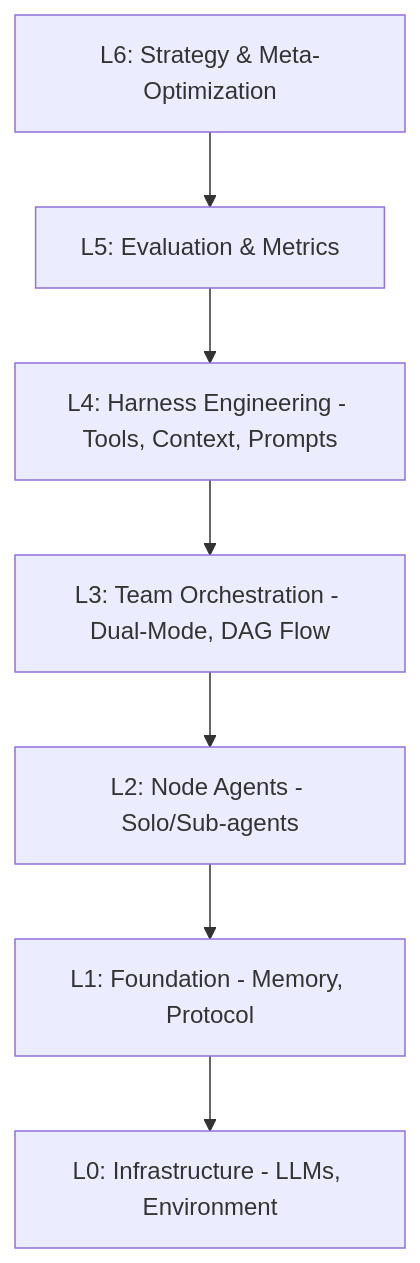
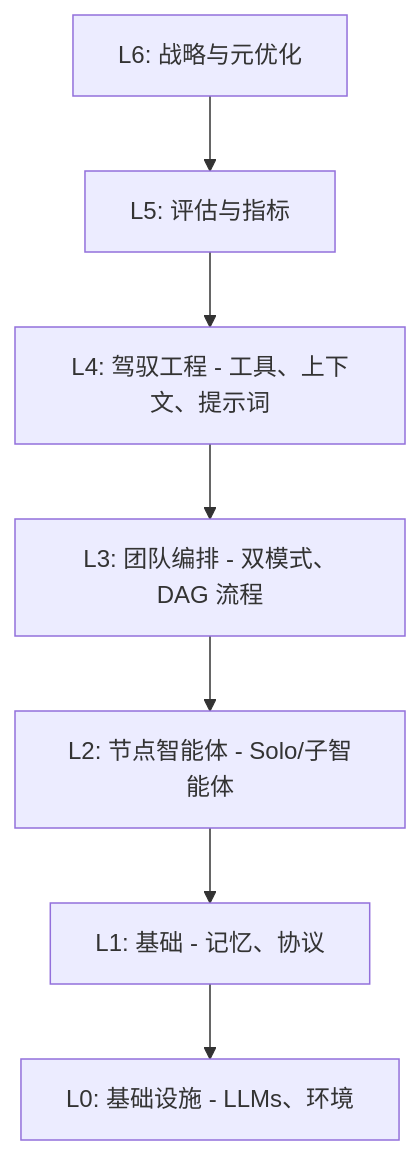
The first of 2 diagrams in README.md (moyage/team-agents-cowork), drawn with Mermaid before and after one commit. The commit also changed other lines of this file and 7 other files, not shown here.

````diff
--- a/README.md
+++ b/README.md
@@ -9,10 +23,10 @@
 ```mermaid
 graph TD
-    L6[L6: Strategy & Meta-Optimization] --> L5
-    L5[L5: Evaluation & Metrics] --> L4
-    L4[L4: Harness Engineering - Tools, Context, Prompts] --> L3
-    L3[L3: Team Orchestration - Dual-Mode, DAG Flow] --> L2
-    L2[L2: Node Agents - Solo/Sub-agents] --> L1
-    L1[L1: Foundation - Memory, Protocol] --> L0
-    L0[L0: Infrastructure - LLMs, Environment]
+    L6[L6: 战略与元优化] --> L5
+    L5[L5: 评估与指标] --> L4
+    L4[L4: 驾驭工程 - 工具、上下文、提示词] --> L3
+    L3[L3: 团队编排 - 双模式、DAG 流程] --> L2
+    L2[L2: 节点智能体 - Solo/子智能体] --> L1
+    L1[L1: 基础 - 记忆、协议] --> L0
+    L0[L0: 基础设施 - LLMs、环境]
 ```
````
